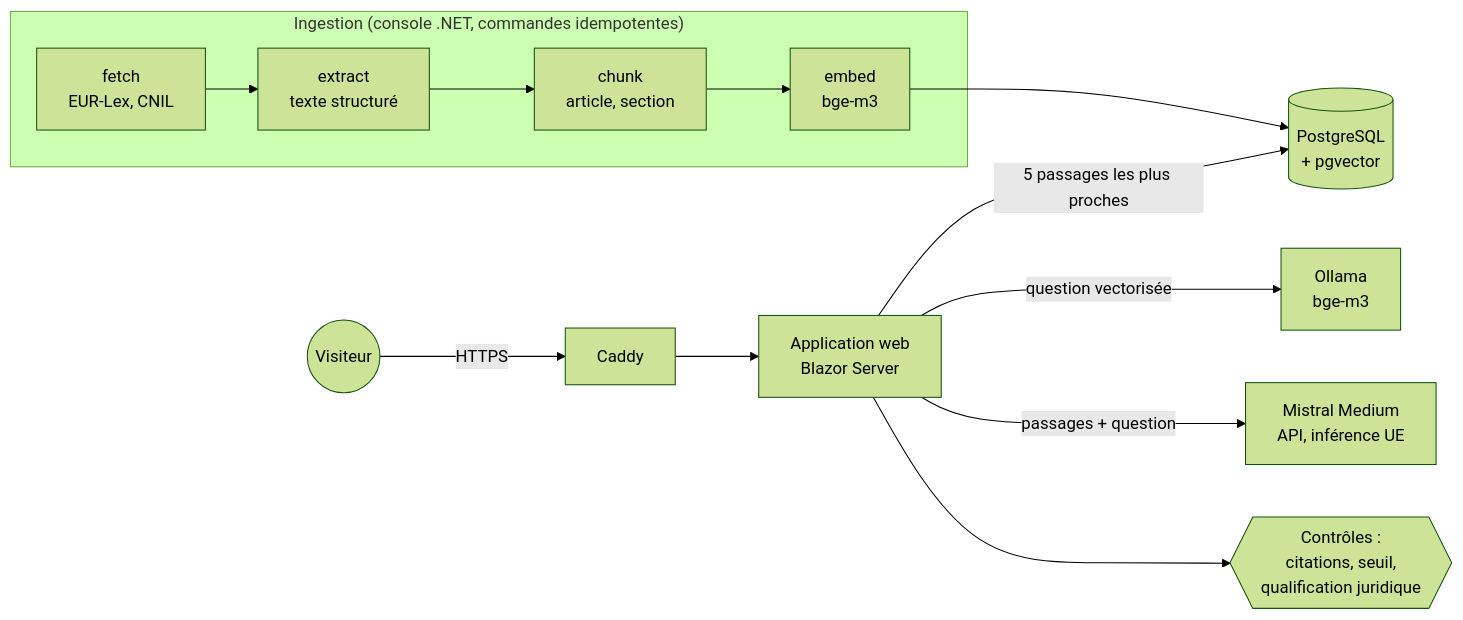
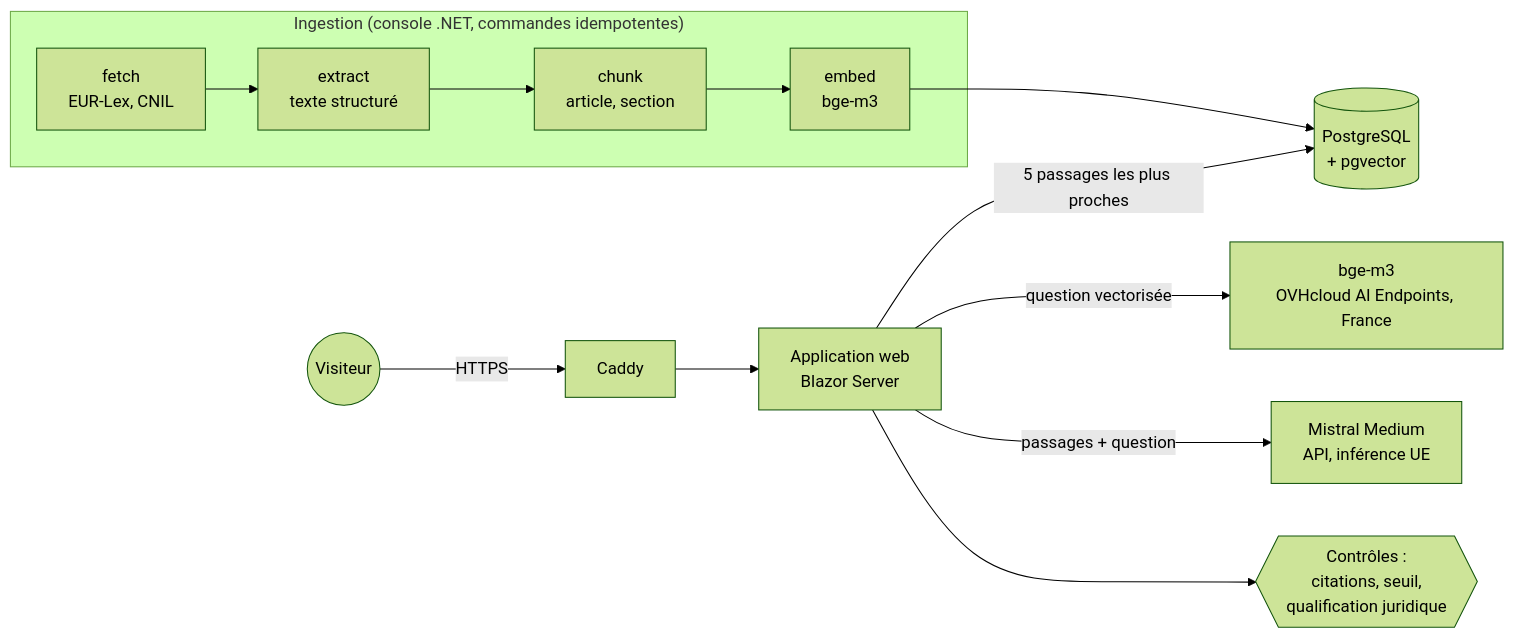
The diagram in README.md (olick/limpide), drawn with Mermaid (forest theme) before and after one commit. The commit also changed other lines of this file and 3 other files, not shown here.

Commit message:
S6 terminée : schéma d'architecture physique (démo VPS, vitrine Azure, flux, secrets, manuel contre Terraform) ; README à jour (embeddings OVHcloud)

````diff
--- a/README.md
+++ b/README.md
@@ -26,13 +26,13 @@
 ```mermaid
 flowchart LR
     subgraph Ingestion["Ingestion (console .NET, commandes idempotentes)"]
         F[fetch<br/>EUR-Lex, CNIL] --> E[extract<br/>texte structuré] --> C[chunk<br/>article, section] --> M[embed<br/>bge-m3]
     end
     M --> DB[(PostgreSQL<br/>+ pgvector)]
     U((Visiteur)) -->|HTTPS| P[Caddy]
     P --> W[Application web<br/>Blazor Server]
-    W -->|question vectorisée| O[Ollama<br/>bge-m3]
+    W -->|question vectorisée| O[bge-m3<br/>OVHcloud AI Endpoints, France]
     W -->|5 passages les plus proches| DB
     W -->|passages + question| L[Mistral Medium<br/>API, inférence UE]
     W --> G{{Contrôles :<br/>citations, seuil,<br/>qualification juridique}}
 ```
````
